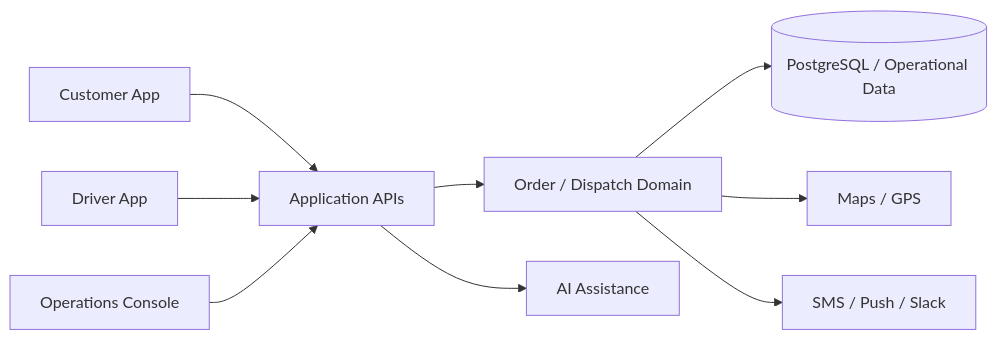
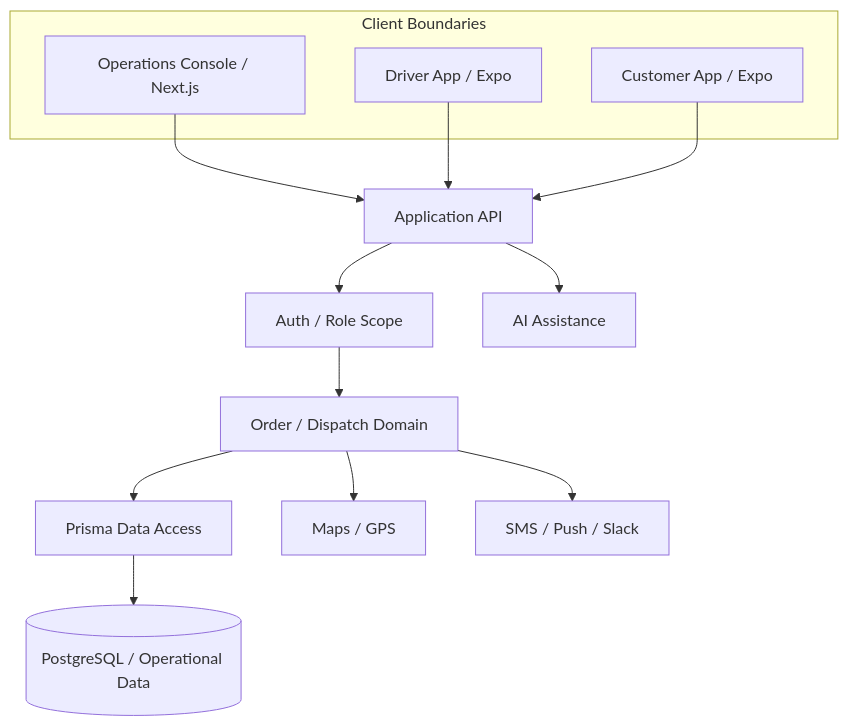
Before and after one commit to yoAkyoku/professional-projects: the diagram in projects/smart-travel/diagrams/system-architecture.mmd, drawn with Mermaid. The commit also changed 27 other files, not shown here.

```diff
--- a/projects/smart-travel/diagrams/system-architecture.mmd
+++ b/projects/smart-travel/diagrams/system-architecture.mmd
@@ -1,9 +1,19 @@
-flowchart LR
-    customer[Customer App] --> api[Application APIs]
-    driver[Driver App] --> api
-    staff[Operations Console] --> api
-    api --> order[Order / Dispatch Domain]
-    order --> db[(PostgreSQL / Operational Data)]
+flowchart TB
+    staff[Operations Console / Next.js] --> api[Application API]
+    driver[Driver App / Expo] --> api
+    customer[Customer App / Expo] --> api
+
+    api --> auth[Auth / Role Scope]
+    auth --> order[Order / Dispatch Domain]
+    order --> prisma[Prisma Data Access]
+    prisma --> db[(PostgreSQL / Operational Data)]
+
     order --> maps[Maps / GPS]
     order --> notify[SMS / Push / Slack]
     api --> ai[AI Assistance]
+
+    subgraph clients[Client Boundaries]
+        staff
+        driver
+        customer
+    end
```
